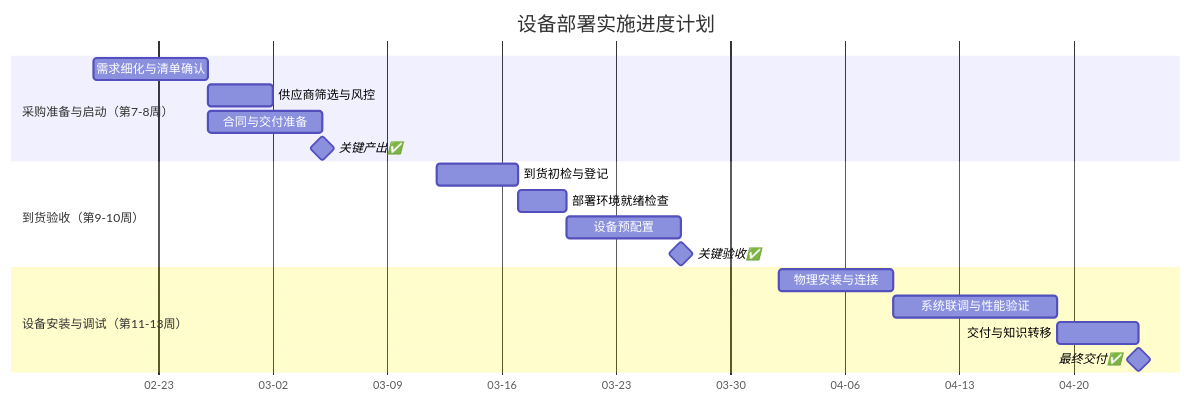
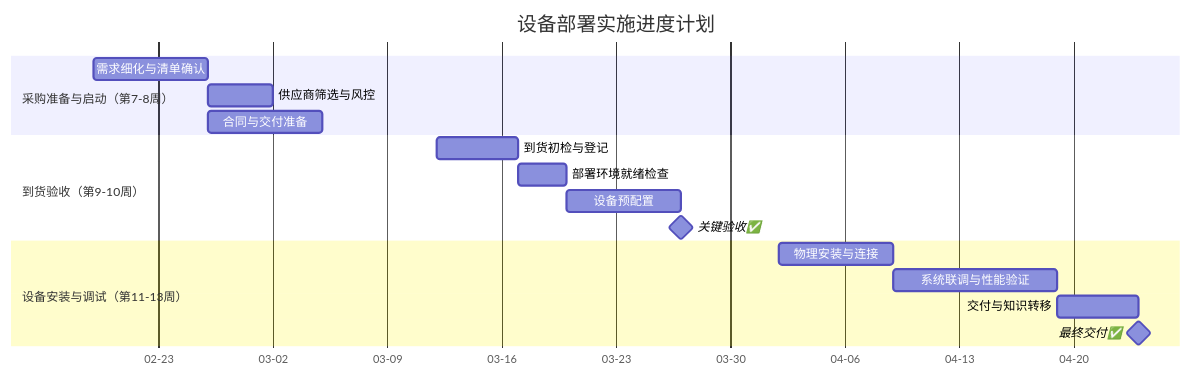
Before and after one commit to CMTcode/iodraw-files: the diagram in all/未命名-1.md, drawn with Mermaid.

Commit message:
2025-02-19 11:18:30 update

````diff
--- a/all/未命名-1.md
+++ b/all/未命名-1.md
@@ -1,24 +1,24 @@
 ```mermaid
 gantt
     title 设备部署实施进度计划
     dateFormat  YYYY-MM-DD
     axisFormat %m-%d
 
     section 采购准备与启动（第7-8周）
     需求细化与清单确认       :a1, 2025-02-19, 7d
     供应商筛选与风控         :after a1, 4d
     合同与交付准备           :2025-02-26, 7d
-    关键产出✅               :milestone, 2025-03-05, 0d
+    
 
     section 到货验收（第9-10周）
     到货初检与登记           :2025-03-12, 5d
     部署环境就绪检查         :2025-03-17, 3d
     设备预配置               :2025-03-20, 7d
     关键验收✅               :milestone, 2025-03-27, 0d
 
     section 设备安装与调试（第11-13周）
     物理安装与连接           :2025-04-02, 7d
     系统联调与性能验证       :2025-04-09, 10d
     交付与知识转移           :2025-04-19, 5d
     最终交付✅               :milestone, 2025-04-24, 0d
 ```
````
